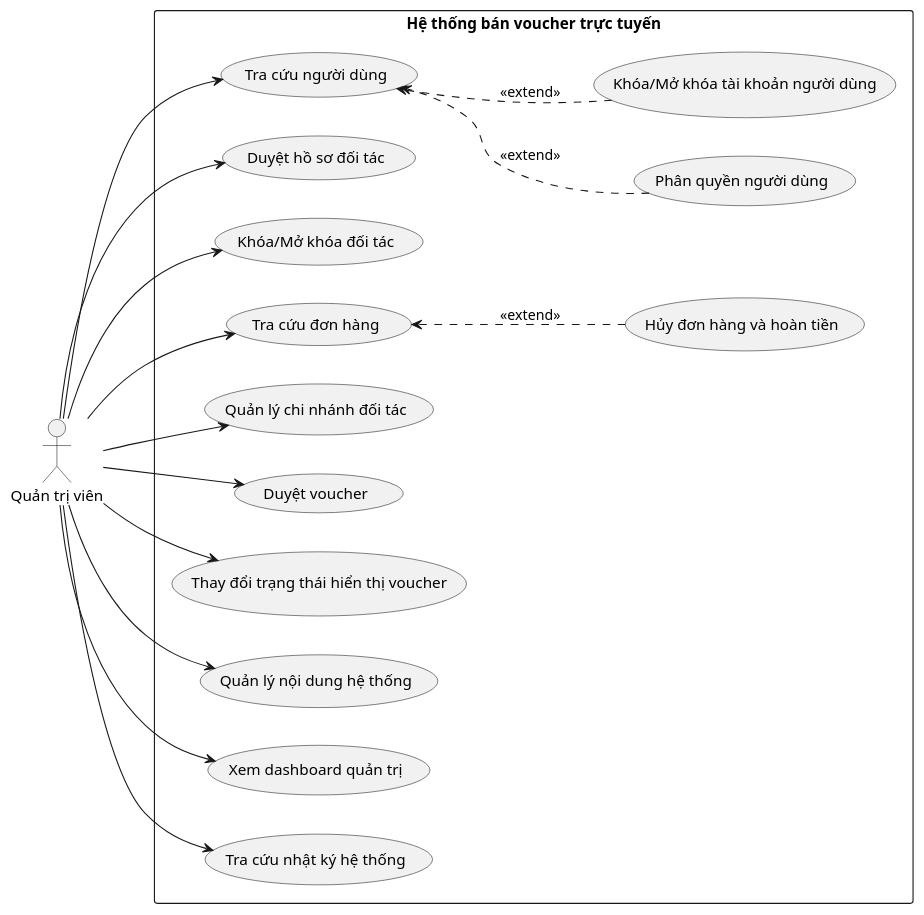
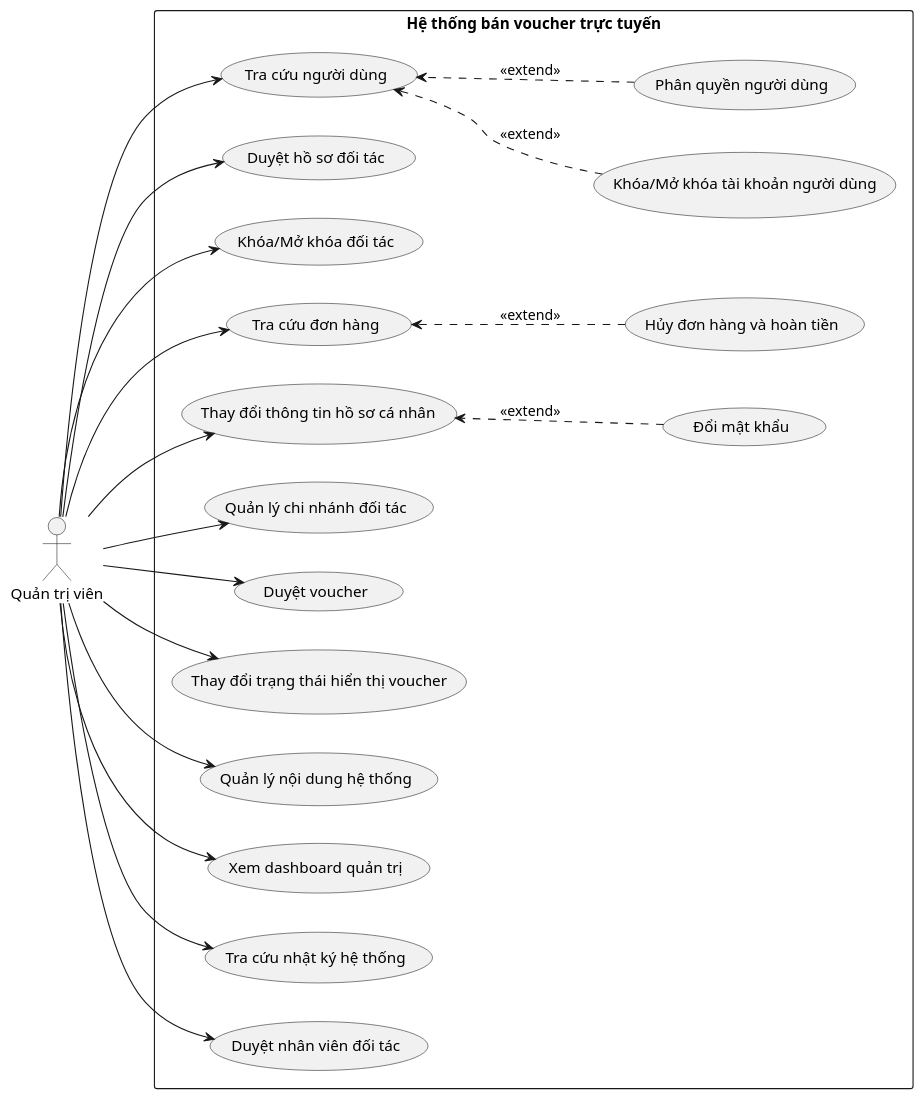
The diagram in doc/system/QTV.wsd (Ngo-The-Dat/e-voucher-system), drawn with PlantUML before and after one commit.

Commit message:
docs: update system use for admin

```diff
--- a/doc/system/QTV.wsd
+++ b/doc/system/QTV.wsd
@@ -1,40 +1,47 @@
 @startuml
 left to right direction
 actor "Quản trị viên" as QTV
 
 rectangle "Hệ thống bán voucher trực tuyến" {
   usecase "Tra cứu người dùng" as UC1
   usecase "Khóa/Mở khóa tài khoản người dùng" as UC2
   usecase "Phân quyền người dùng" as UC3
   usecase "Duyệt hồ sơ đối tác" as UC4
   usecase "Khóa/Mở khóa đối tác" as UC5
   usecase "Quản lý chi nhánh đối tác" as UC6
   usecase "Duyệt voucher" as UC7
   usecase "Thay đổi trạng thái hiển thị voucher" as UC8
   usecase "Tra cứu đơn hàng" as UC9
   usecase "Hủy đơn hàng và hoàn tiền" as UC10
   usecase "Quản lý nội dung hệ thống" as UC11
   usecase "Xem dashboard quản trị" as UC12
   usecase "Tra cứu nhật ký hệ thống" as UC13
+  usecase "Duyệt nhân viên đối tác" as UC14
+  usecase "Thay đổi thông tin hồ sơ cá nhân" as UC15
+  usecase "Đổi mật khẩu" as UC16
 
   UC2 -[hidden]left- UC1
   UC3 -[hidden]left- UC1
   UC5 -[hidden]left- UC4
   UC10 -[hidden]left- UC9
+  UC16 -[hidden]left- UC15
 }
 
 QTV -> UC1
 QTV -> UC4
 QTV -> UC5
 QTV -> UC6
 QTV -> UC7
 QTV -> UC8
 QTV -> UC9
 QTV --> UC11
 QTV --> UC12
 QTV --> UC13
+QTV --> UC14
+QTV --> UC15
 
 UC2 ..> UC1 : <<extend>>
 UC3 ..> UC1 : <<extend>>
 UC10 ..> UC9 : <<extend>>
+UC16 ..> UC15 : <<extend>>
 @enduml
```
